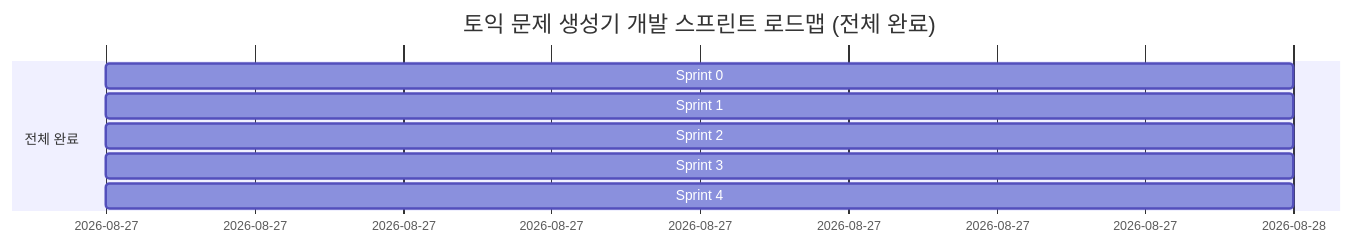
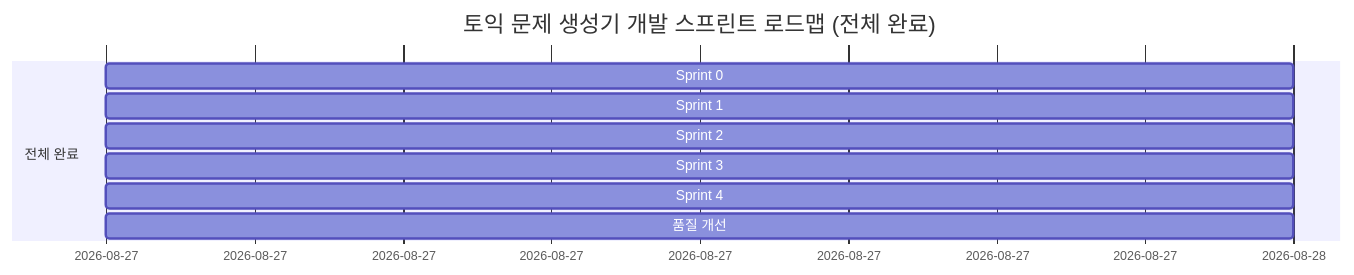
Before and after one commit to sjhyyo-ux/test: the diagram in docs/DEVELOPMENT_PLAN.md, drawn with Mermaid. The commit also changed other lines of this file and 1 other file, not shown here.

````diff
--- a/docs/DEVELOPMENT_PLAN.md
+++ b/docs/DEVELOPMENT_PLAN.md
@@ -39,11 +40,12 @@
 ```mermaid
 gantt
     title 토익 문제 생성기 개발 스프린트 로드맵 (전체 완료)
     dateFormat  YYYY-MM-DD
     section 전체 완료
     Sprint 0: 환경 설정 및 타입/스키마 동기화    :done, 2026-08-27, 1d
     Sprint 1: AI 엔진 연동 및 프롬프트 파이프라인 :done, 2026-08-27, 1d
     Sprint 2: 검증 파이프라인 및 예외 처리(EX 1~12):done, 2026-08-27, 1d
     Sprint 3: UI/UX 인터랙션 고도화 및 상태 완성  :done, 2026-08-27, 1d
     Sprint 4: 35개 케이스 전수 검증 및 품질 최적화 :done, 2026-08-27, 1d
+    품질 개선: 가짜 단어/무작위 문자열 차단 가드레일:done, 2026-08-27, 1d
 ```
````
